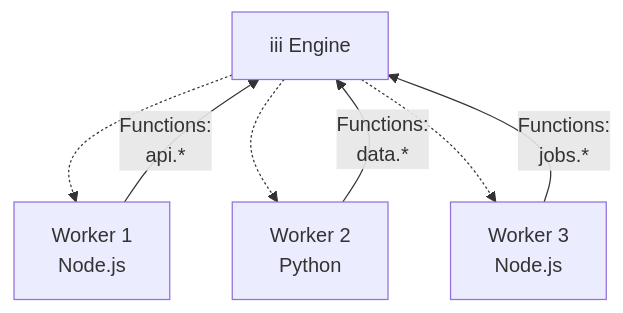
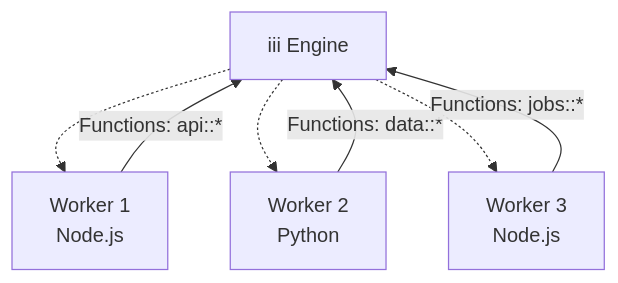
One commit to iii-hq/docs changed the third of 3 diagrams in content/workers.mdx. Above: the diagram before and after it, drawn with Mermaid. The commit also changed other lines of this file and 91 other files, not shown here.

````diff
--- a/content/workers.mdx
+++ b/content/workers.mdx
@@ -112,15 +112,15 @@
 ```mermaid
 graph TD
     E[iii Engine]
     W1[Worker 1<br/>Node.js]
     W2[Worker 2<br/>Python]
     W3[Worker 3<br/>Node.js]
 
     E -.-> W1
     E -.-> W2
     E -.-> W3
 
-    W1 -->|Functions:<br/>api.*| E
-    W2 -->|Functions:<br/>data.*| E
-    W3 -->|Functions:<br/>jobs.*| E
+    W1 -->|"Functions: api::*"| E
+    W2 -->|"Functions: data::*"| E
+    W3 -->|"Functions: jobs::*"| E
 ```
````
